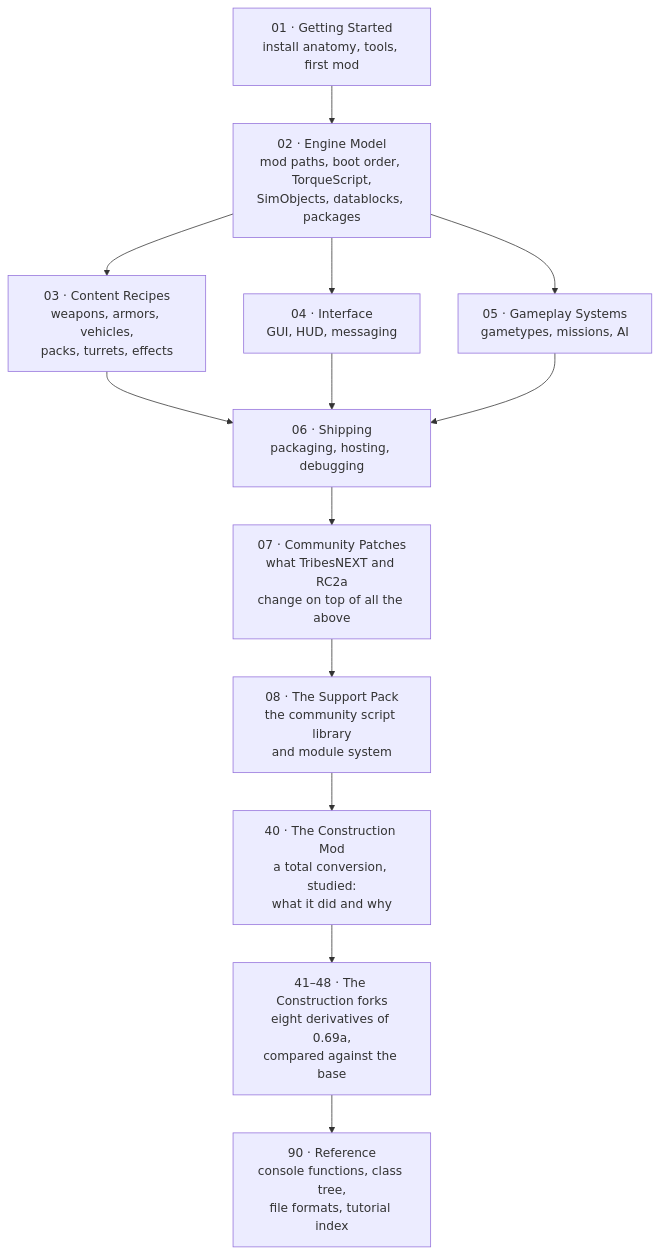
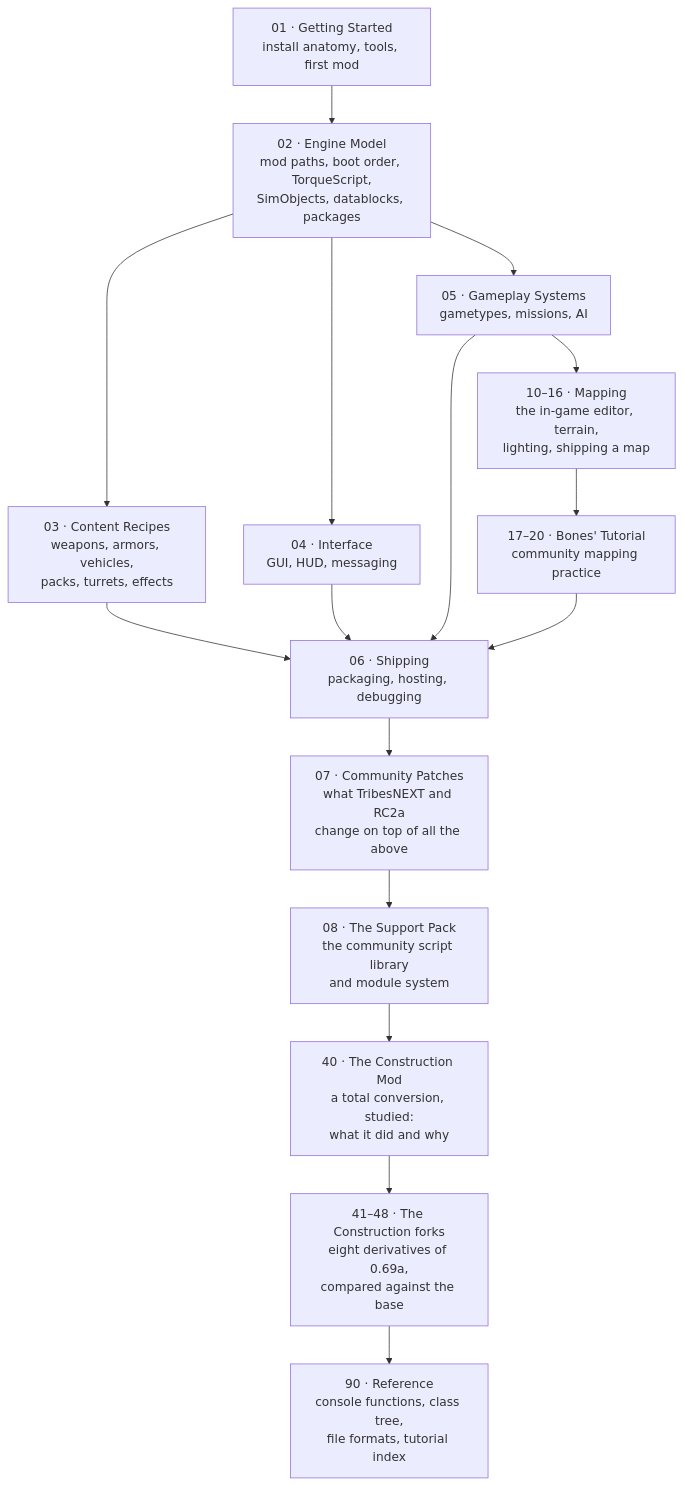
One commit to Tribes2-Community/mod-doc changed the diagram in README.md. Above: the diagram before and after it, drawn with Mermaid. The commit also changed other lines of this file and 21 other files, not shown here.

First line of the commit message:
Add mapping sections 10-16 and NecroBones tutorial 17-20

````diff
--- a/README.md
+++ b/README.md
@@ -67,15 +68,18 @@
 ```mermaid
 flowchart TD
     A["01 · Getting Started<br/>install anatomy, tools, first mod"] --> B["02 · Engine Model<br/>mod paths, boot order, TorqueScript,<br/>SimObjects, datablocks, packages"]
     B --> C["03 · Content Recipes<br/>weapons, armors, vehicles,<br/>packs, turrets, effects"]
     B --> D["04 · Interface<br/>GUI, HUD, messaging"]
     B --> E["05 · Gameplay Systems<br/>gametypes, missions, AI"]
     C --> F["06 · Shipping<br/>packaging, hosting, debugging"]
     D --> F
     E --> F
+    E --> MAP["10–16 · Mapping<br/>the in-game editor, terrain,<br/>lighting, shipping a map"]
+    MAP --> BONES["17–20 · Bones' Tutorial<br/>community mapping practice"]
+    BONES --> F
     F --> P["07 · Community Patches<br/>what TribesNEXT and RC2a<br/>change on top of all the above"]
     P --> S["08 · The Support Pack<br/>the community script library<br/>and module system"]
     S --> M["40 · The Construction Mod<br/>a total conversion, studied:<br/>what it did and why"]
     M --> FK["41–48 · The Construction forks<br/>eight derivatives of 0.69a,<br/>compared against the base"]
     FK --> G["90 · Reference<br/>console functions, class tree,<br/>file formats, tutorial index"]
 ```
````
